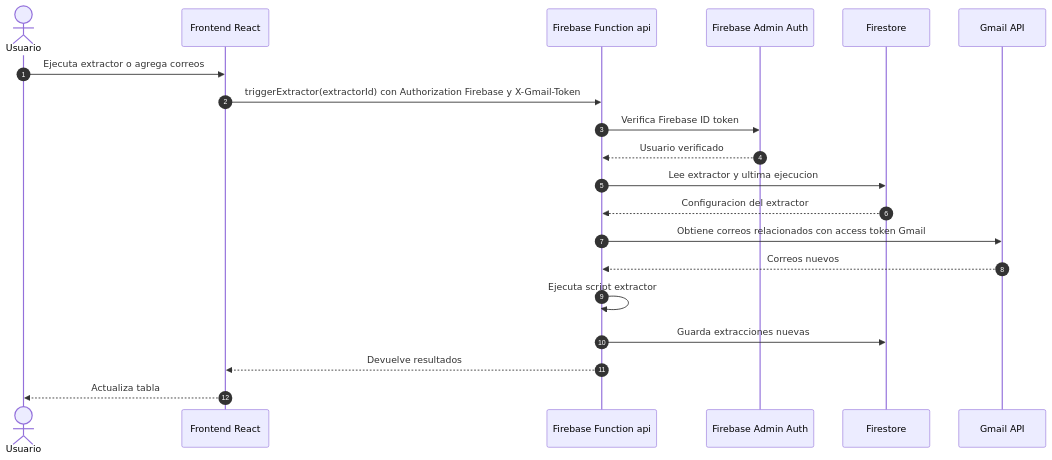
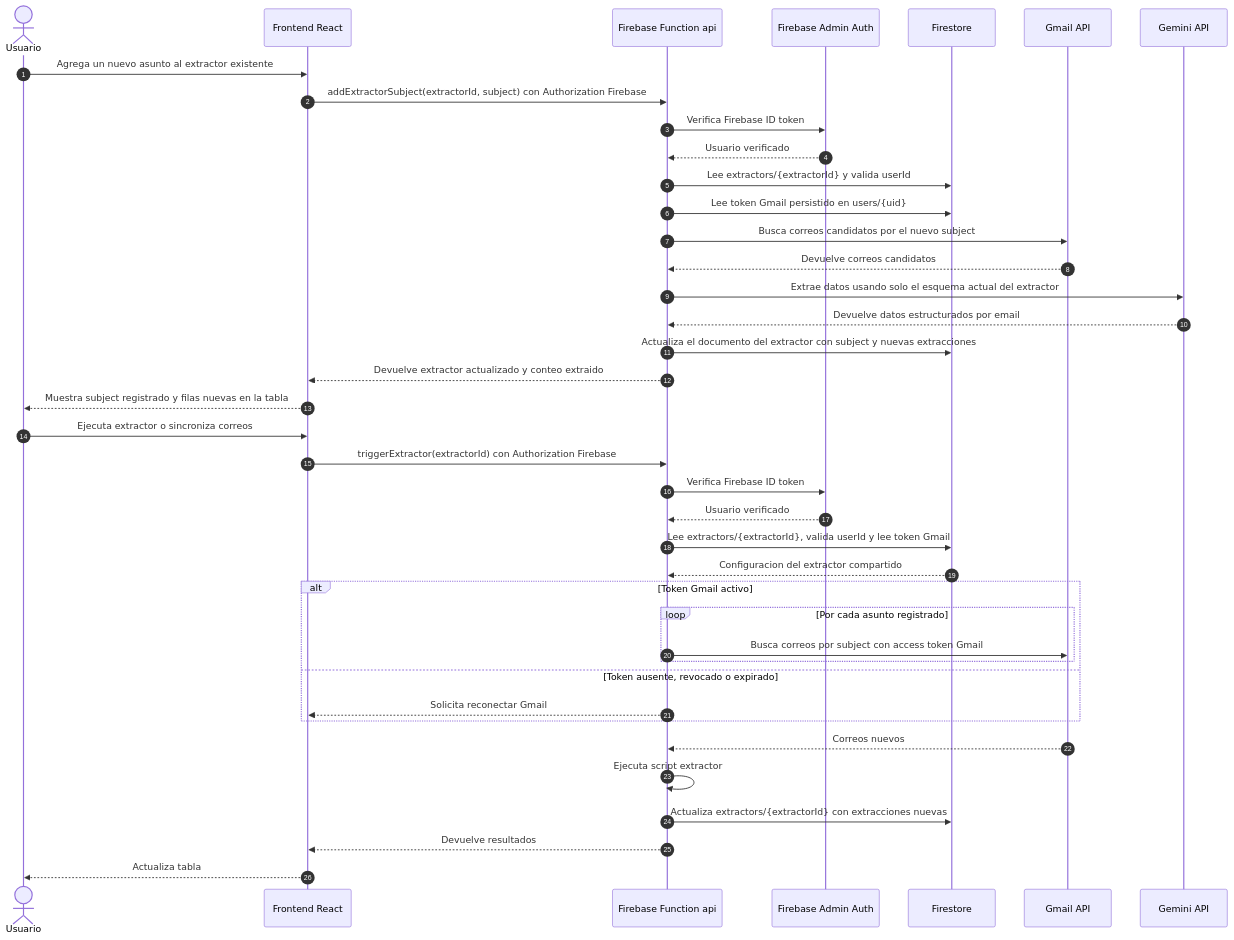
The sixth of 9 diagrams in sequence-diagram.md (mijahilbarra/organizr), drawn with Mermaid before and after one commit. The commit also changed other lines of this file and 72 other files, not shown here.

````diff
--- a/sequence-diagram.md
+++ b/sequence-diagram.md
@@ -123,23 +150,44 @@
 ```mermaid
 sequenceDiagram
   autonumber
   actor User as Usuario
   participant Frontend as Frontend React
   participant Function as Firebase Function api
   participant FirebaseAuth as Firebase Admin Auth
   participant Firestore as Firestore
   participant Gmail as Gmail API
+  participant Gemini as Gemini API
 
-  User->>Frontend: Ejecuta extractor o agrega correos
-  Frontend->>Function: triggerExtractor(extractorId) con Authorization Firebase y X-Gmail-Token
+  User->>Frontend: Agrega un nuevo asunto al extractor existente
+  Frontend->>Function: addExtractorSubject(extractorId, subject) con Authorization Firebase
   Function->>FirebaseAuth: Verifica Firebase ID token
   FirebaseAuth-->>Function: Usuario verificado
-  Function->>Firestore: Lee extractor y ultima ejecucion
-  Firestore-->>Function: Configuracion del extractor
-  Function->>Gmail: Obtiene correos relacionados con access token Gmail
+  Function->>Firestore: Lee extractors/{extractorId} y valida userId
+  Function->>Firestore: Lee token Gmail persistido en users/{uid}
+  Function->>Gmail: Busca correos candidatos por el nuevo subject
+  Gmail-->>Function: Devuelve correos candidatos
+  Function->>Gemini: Extrae datos usando solo el esquema actual del extractor
+  Gemini-->>Function: Devuelve datos estructurados por email
+  Function->>Firestore: Actualiza el documento del extractor con subject y nuevas extracciones
+  Function-->>Frontend: Devuelve extractor actualizado y conteo extraido
+  Frontend-->>User: Muestra subject registrado y filas nuevas en la tabla
+
+  User->>Frontend: Ejecuta extractor o sincroniza correos
+  Frontend->>Function: triggerExtractor(extractorId) con Authorization Firebase
+  Function->>FirebaseAuth: Verifica Firebase ID token
+  FirebaseAuth-->>Function: Usuario verificado
+  Function->>Firestore: Lee extractors/{extractorId}, valida userId y lee token Gmail
+  Firestore-->>Function: Configuracion del extractor compartido
+  alt Token Gmail activo
+    loop Por cada asunto registrado
+      Function->>Gmail: Busca correos por subject con access token Gmail
+    end
+  else Token ausente, revocado o expirado
+    Function-->>Frontend: Solicita reconectar Gmail
+  end
   Gmail-->>Function: Correos nuevos
   Function->>Function: Ejecuta script extractor
-  Function->>Firestore: Guarda extracciones nuevas
+  Function->>Firestore: Actualiza extractors/{extractorId} con extracciones nuevas
   Function-->>Frontend: Devuelve resultados
   Frontend-->>User: Actualiza tabla
 ```
````
